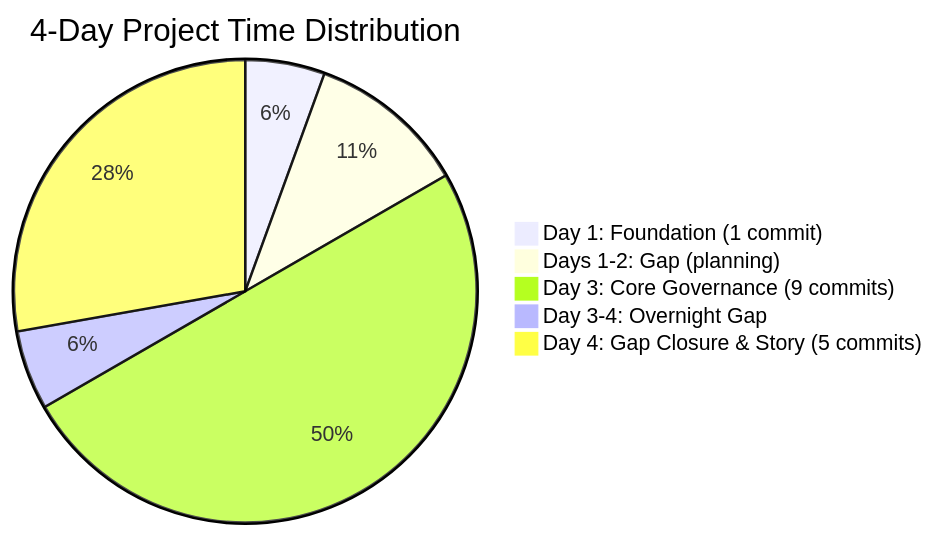
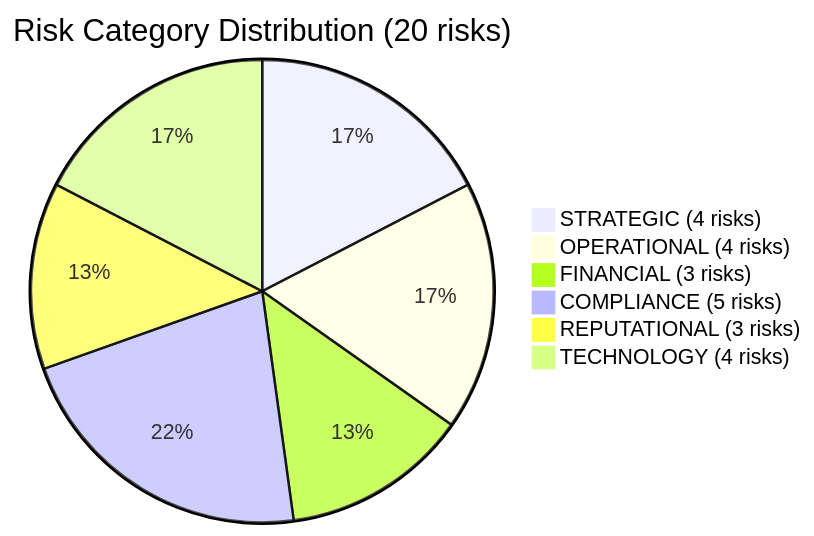
The sixth of 10 diagrams in projects/001-cabinet-office-genai/PROJECT-STORY.md (tractorjuice/arckit-test-project-v8-cabinet-office-genai), drawn with Mermaid before and after one commit. The commit also changed other lines of this file, not shown here.

First line of the commit message:
feat: PROJECT-STORY.md v4.0 - comprehensive project narrative with timeline analysis

````diff
--- a/projects/001-cabinet-office-genai/PROJECT-STORY.md
+++ b/projects/001-cabinet-office-genai/PROJECT-STORY.md
@@ -205,8 +513,9 @@
 ```mermaid
-pie title 4-Day Project Time Distribution
-    "Day 1: Foundation (1 commit)" : 1
-    "Days 1-2: Gap (planning)" : 2
-    "Day 3: Core Governance (9 commits)" : 9
-    "Day 3-4: Overnight Gap" : 1
-    "Day 4: Gap Closure & Story (5 commits)" : 5
+pie title Risk Category Distribution (20 risks)
+    "STRATEGIC (4 risks)" : 20
+    "OPERATIONAL (4 risks)" : 20
+    "FINANCIAL (3 risks)" : 15
+    "COMPLIANCE (5 risks)" : 25
+    "REPUTATIONAL (3 risks)" : 15
+    "TECHNOLOGY (4 risks)" : 20
 ```
````
